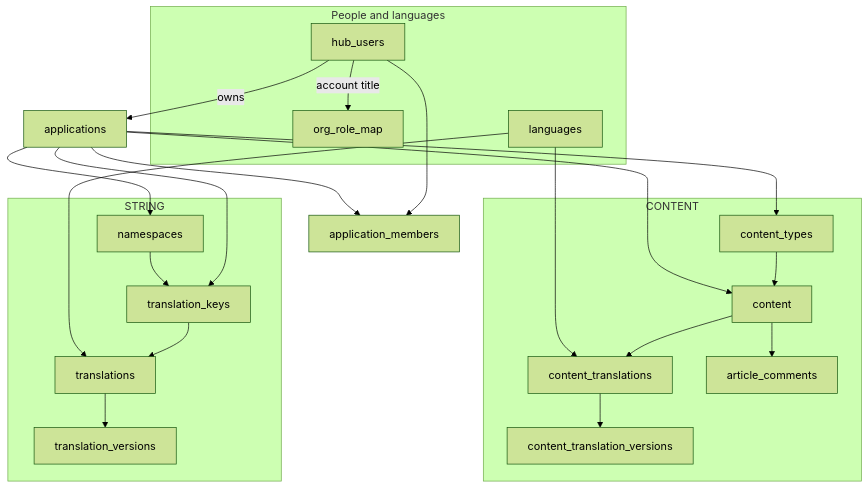
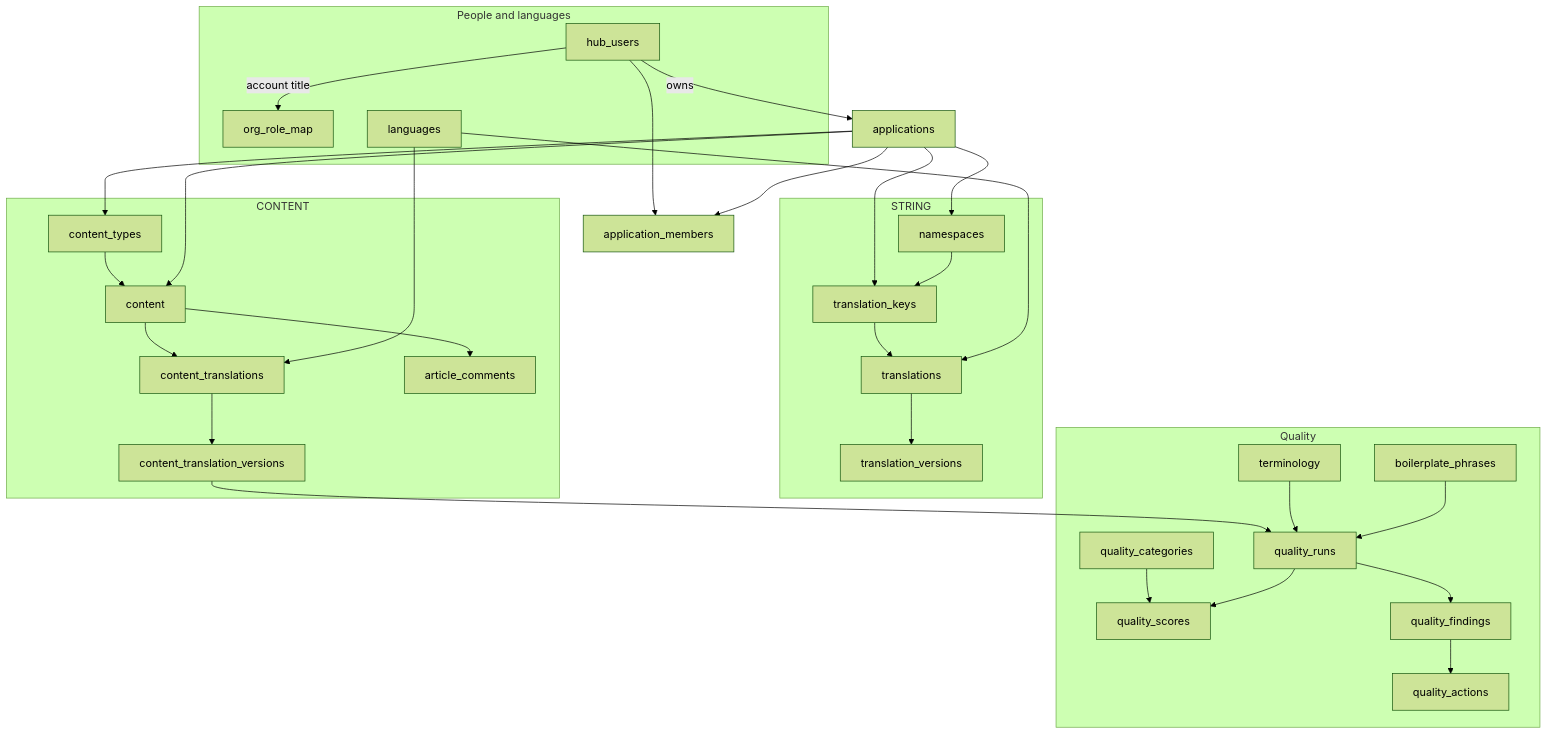
Before and after one commit to alanwongsh/mrdiy-lingo: the ninth of 11 diagrams in docs/lark-diagrams.md, drawn with Mermaid (forest theme). The commit also changed other lines of this file and 12 other files, not shown here.

````diff
--- a/docs/lark-diagrams.md
+++ b/docs/lark-diagrams.md
@@ -159,42 +163,59 @@
 ```mermaid
 flowchart TB
   subgraph people [People and languages]
     Users[hub_users]
     Map[org_role_map]
     Lang[languages]
   end
   Apps[applications]
   Members[application_members]
   Users -->|owns| Apps
   Users --> Members
   Users -->|account title| Map
   Apps --> Members
 
   subgraph strings [STRING]
     NS[namespaces]
     Keys[translation_keys]
     Tr[translations]
     TV[translation_versions]
   end
   Apps --> NS
   Apps --> Keys
   NS --> Keys
   Keys --> Tr
   Lang --> Tr
   Tr --> TV
 
   subgraph press [CONTENT]
     Types[content_types]
     Content[content]
     CT[content_translations]
     CV[content_translation_versions]
     Comments[article_comments]
   end
   Apps --> Types
   Types --> Content
   Apps --> Content
   Content --> CT
   Lang --> CT
   CT --> CV
   Content --> Comments
+
+  subgraph quality [Quality]
+    Cats[quality_categories]
+    Terms[terminology]
+    Boiler[boilerplate_phrases]
+    Runs[quality_runs]
+    Scores[quality_scores]
+    Findings[quality_findings]
+    Actions[quality_actions]
+  end
+  CV --> Runs
+  Cats --> Scores
+  Runs --> Scores
+  Runs --> Findings
+  Findings --> Actions
+  Terms --> Runs
+  Boiler --> Runs
 ```
````
